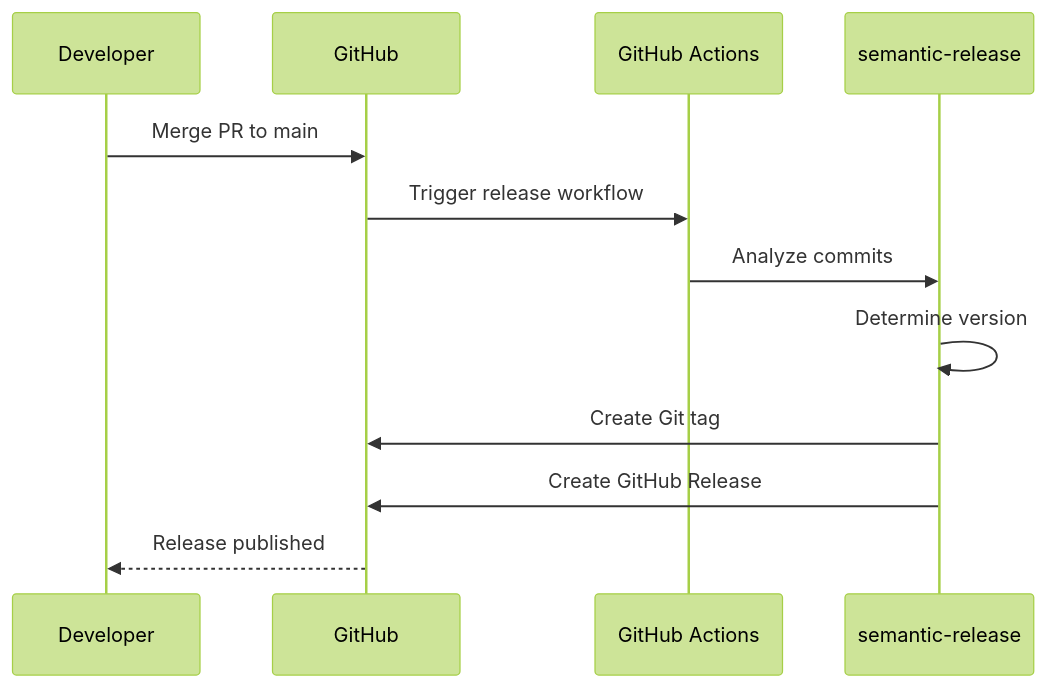
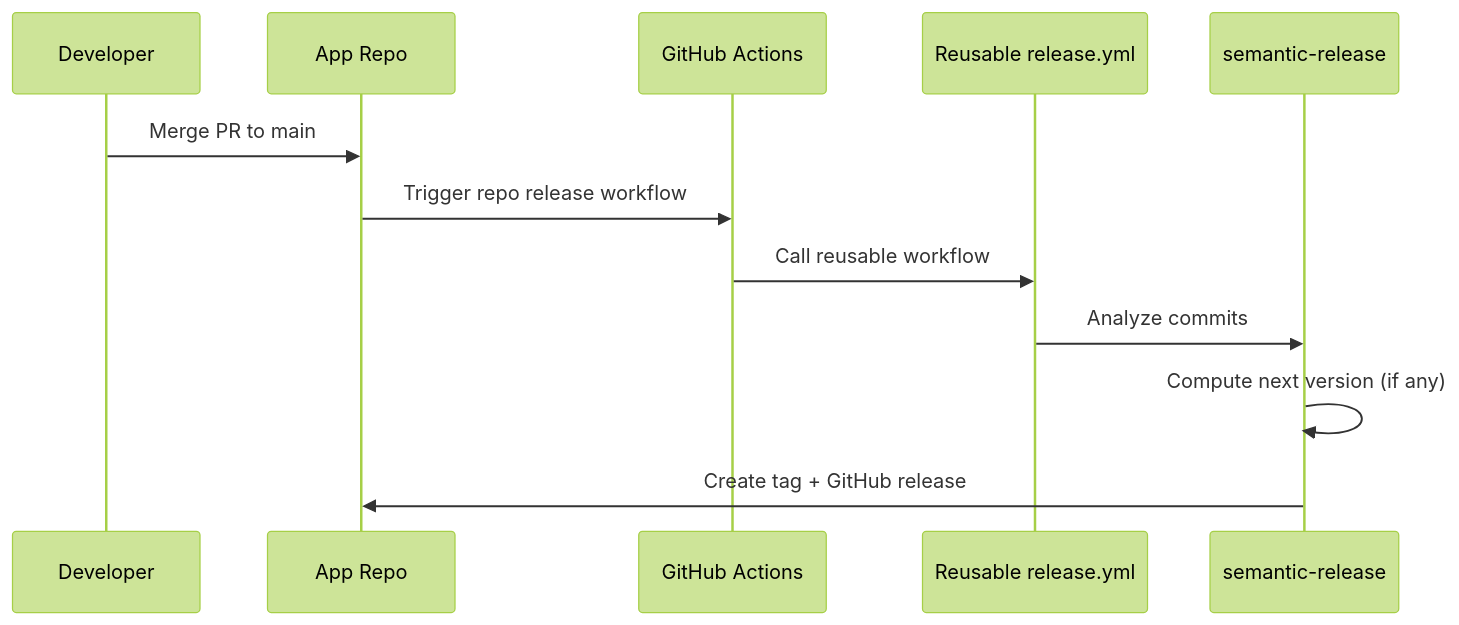
One commit to Omkraft/.github changed the diagram in docs/architecture/release-pipeline.md. Above: the diagram before and after it, drawn with Mermaid (forest theme). The commit also changed 22 other files, not shown here.

````diff
--- a/docs/architecture/release-pipeline.md
+++ b/docs/architecture/release-pipeline.md
@@ -6,15 +6,15 @@
 ```mermaid
 sequenceDiagram
     participant Dev as Developer
-    participant GH as GitHub
+    participant Repo as App Repo
     participant CI as GitHub Actions
+    participant RW as Reusable release.yml
     participant SR as semantic-release
 
-    Dev->>GH: Merge PR to main
-    GH->>CI: Trigger release workflow
-    CI->>SR: Analyze commits
-    SR->>SR: Determine version
-    SR->>GH: Create Git tag
-    SR->>GH: Create GitHub Release
-    GH-->>Dev: Release published
+    Dev->>Repo: Merge PR to main
+    Repo->>CI: Trigger repo release workflow
+    CI->>RW: Call reusable workflow
+    RW->>SR: Analyze commits
+    SR->>SR: Compute next version (if any)
+    SR->>Repo: Create tag + GitHub release
 ```
````
